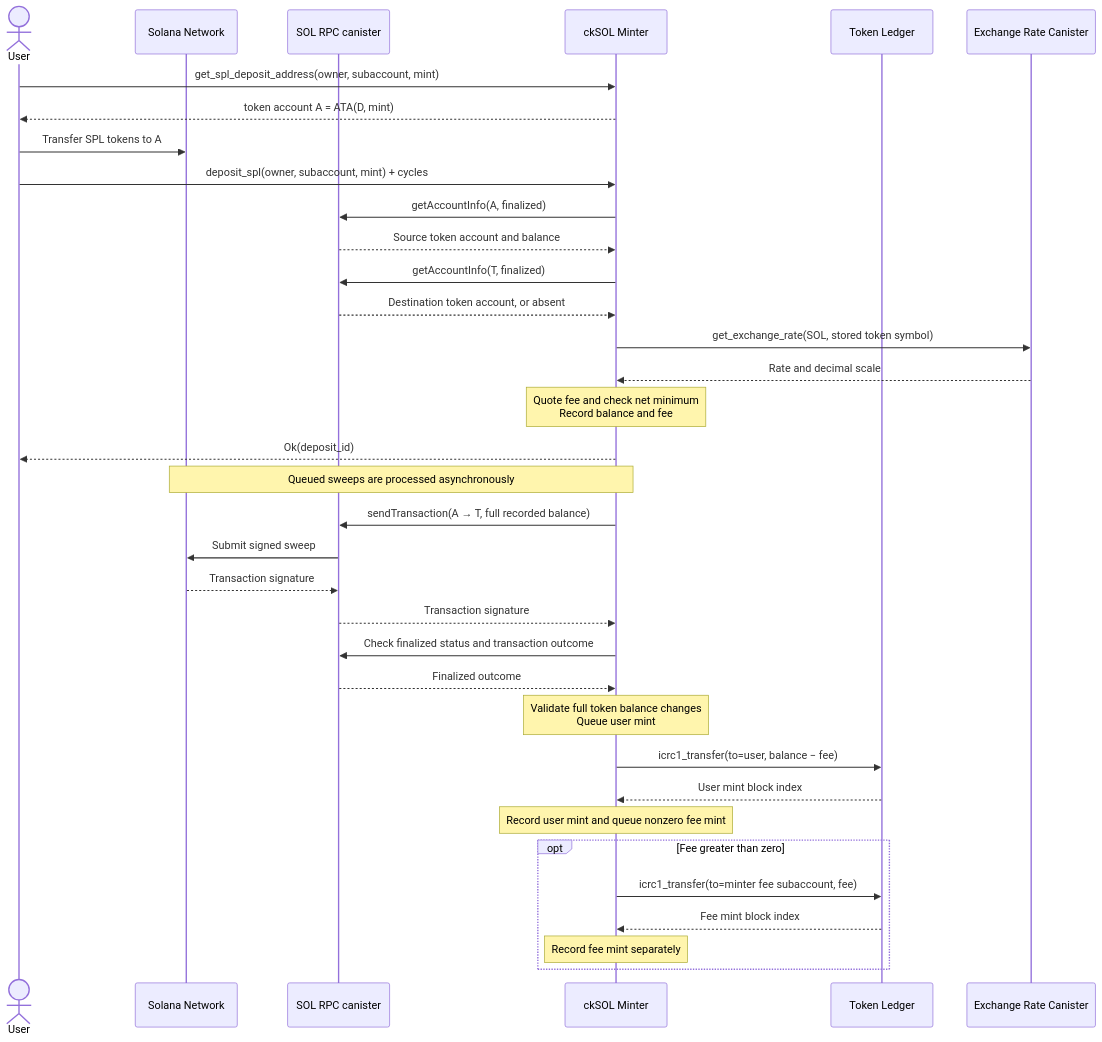
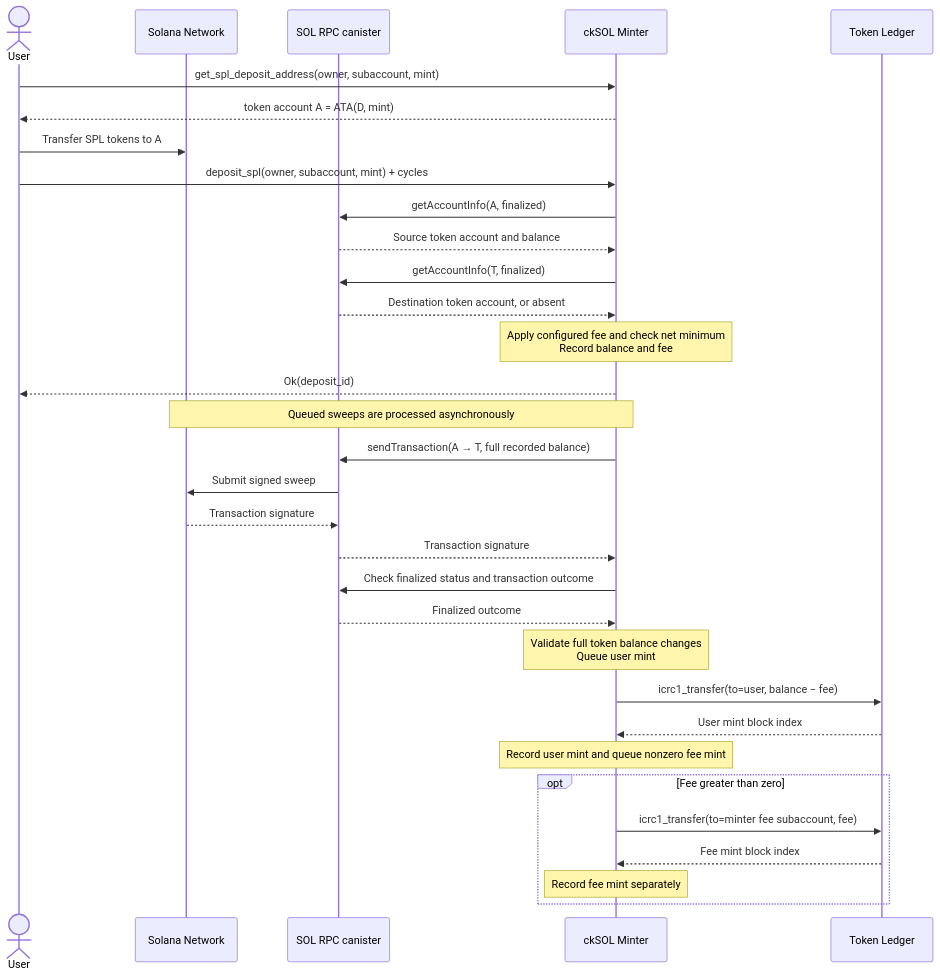
Before and after one commit to pxr64/cksol: the first of 3 diagrams in docs/ckspl-deposit.md, drawn with Mermaid. The commit also changed other lines of this file and 11 other files, not shown here.

````diff
--- a/docs/ckspl-deposit.md
+++ b/docs/ckspl-deposit.md
@@ -61,39 +61,36 @@
 ```mermaid
 sequenceDiagram
     actor User
     participant Solana as Solana Network
     participant RPC as SOL RPC canister
     participant Minter as ckSOL Minter
     participant Ledger as Token Ledger
-    participant XRC as Exchange Rate Canister
 
     User->>Minter: get_spl_deposit_address(owner, subaccount, mint)
     Minter-->>User: token account A = ATA(D, mint)
     User->>Solana: Transfer SPL tokens to A
     User->>Minter: deposit_spl(owner, subaccount, mint) + cycles
     Minter->>RPC: getAccountInfo(A, finalized)
     RPC-->>Minter: Source token account and balance
     Minter->>RPC: getAccountInfo(T, finalized)
     RPC-->>Minter: Destination token account, or absent
-    Minter->>XRC: get_exchange_rate(SOL, stored token symbol)
-    XRC-->>Minter: Rate and decimal scale
-    Note over Minter: Quote fee and check net minimum<br/>Record balance and fee
+    Note over Minter: Apply configured fee and check net minimum<br/>Record balance and fee
     Minter-->>User: Ok(deposit_id)
 
     Note over Minter,Solana: Queued sweeps are processed asynchronously
     Minter->>RPC: sendTransaction(A → T, full recorded balance)
     RPC->>Solana: Submit signed sweep
     Solana-->>RPC: Transaction signature
     RPC-->>Minter: Transaction signature
     Minter->>RPC: Check finalized status and transaction outcome
     RPC-->>Minter: Finalized outcome
     Note over Minter: Validate full token balance changes<br/>Queue user mint
     Minter->>Ledger: icrc1_transfer(to=user, balance − fee)
     Ledger-->>Minter: User mint block index
     Note over Minter: Record user mint and queue nonzero fee mint
     opt Fee greater than zero
         Minter->>Ledger: icrc1_transfer(to=minter fee subaccount, fee)
         Ledger-->>Minter: Fee mint block index
         Note over Minter: Record fee mint separately
     end
 ```
````
